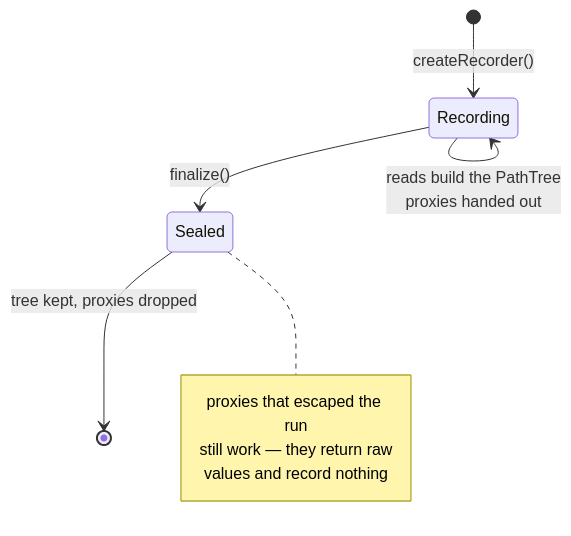
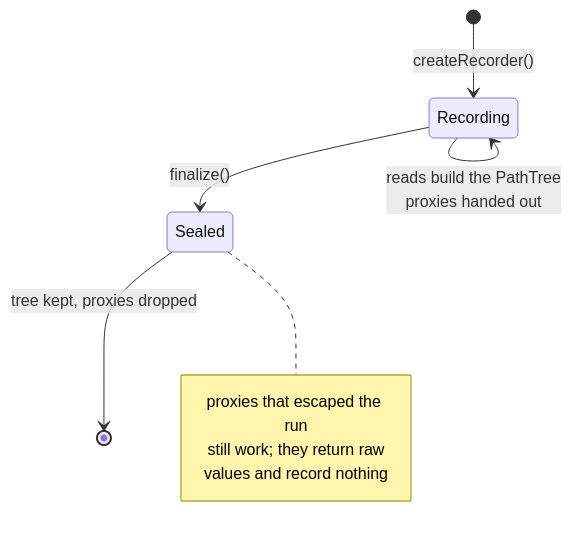
The first of 2 diagrams in docs/internals/tracking.md (twfarland/nonchalant), drawn with Mermaid before and after one commit. The commit also changed other lines of this file and 23 other files, not shown here.

````diff
--- a/docs/internals/tracking.md
+++ b/docs/internals/tracking.md
@@ -23,12 +23,12 @@
 ```mermaid
 stateDiagram-v2
     [*] --> Recording: createRecorder()
     Recording --> Recording: reads build the PathTree<br/>proxies handed out
     Recording --> Sealed: finalize()
     Sealed --> [*]: tree kept, proxies dropped
     note right of Sealed
         proxies that escaped the run
-        still work — they return raw
+        still work; they return raw
         values and record nothing
     end note
 ```
````
